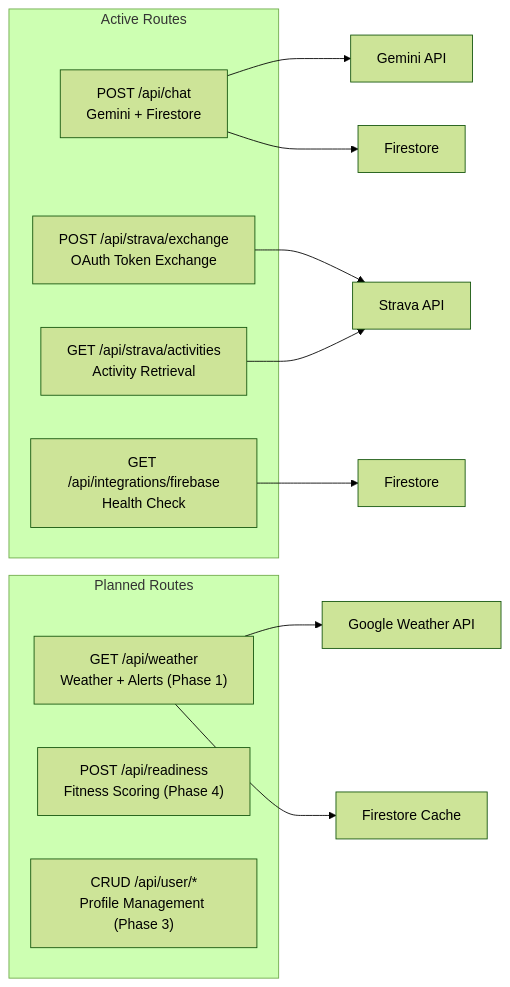
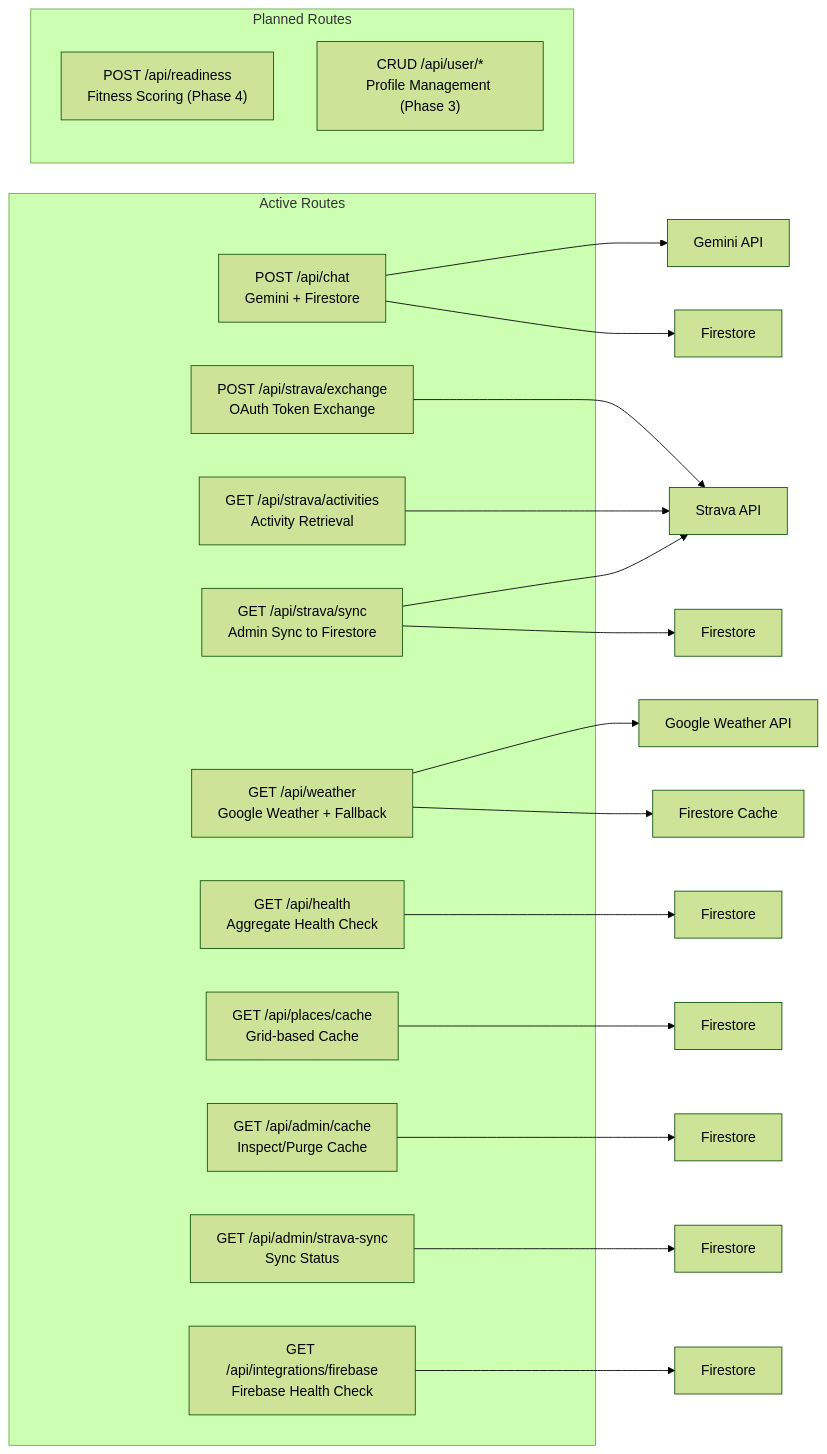
One commit to Oweeboi011/Fit-Ready-IQ changed the fifth of 17 diagrams in docs/wiki/ARCHITECTURE.md. Above: the diagram before and after it, drawn with Mermaid (forest theme). The commit also changed other lines of this file and 17 other files, not shown here.

First line of the commit message:
ci: simplify to trunk-based flow and fix review bugs

````diff
--- a/docs/wiki/ARCHITECTURE.md
+++ b/docs/wiki/ARCHITECTURE.md
@@ -223,23 +224,34 @@
 ```mermaid
 graph LR
     subgraph Active["Active Routes"]
         Chat["POST /api/chat<br/>Gemini + Firestore"]
         StravaEx["POST /api/strava/exchange<br/>OAuth Token Exchange"]
         StravaAct["GET /api/strava/activities<br/>Activity Retrieval"]
-        FBHealth["GET /api/integrations/firebase<br/>Health Check"]
+        StravaSync["GET /api/strava/sync<br/>Admin Sync to Firestore"]
+        Weather["GET /api/weather<br/>Google Weather + Fallback"]
+        Health["GET /api/health<br/>Aggregate Health Check"]
+        PlacesCache["GET /api/places/cache<br/>Grid-based Cache"]
+        AdminCache["GET /api/admin/cache<br/>Inspect/Purge Cache"]
+        AdminStrava["GET /api/admin/strava-sync<br/>Sync Status"]
+        FBHealth["GET /api/integrations/firebase<br/>Firebase Health Check"]
     end
 
     subgraph Planned["Planned Routes"]
-        Weather["GET /api/weather<br/>Weather + Alerts (Phase 1)"]
         Readiness["POST /api/readiness<br/>Fitness Scoring (Phase 4)"]
         UserAPI["CRUD /api/user/*<br/>Profile Management (Phase 3)"]
     end
 
     Chat --> Gemini["Gemini API"]
     Chat --> FS1["Firestore"]
     StravaEx --> Strava["Strava API"]
     StravaAct --> Strava
-    FBHealth --> FS2["Firestore"]
+    StravaSync --> Strava
+    StravaSync --> FS2["Firestore"]
     Weather --> GW["Google Weather API"]
     Weather --> FS3["Firestore Cache"]
+    Health --> FS4["Firestore"]
+    PlacesCache --> FS5["Firestore"]
+    AdminCache --> FS6["Firestore"]
+    AdminStrava --> FS7["Firestore"]
+    FBHealth --> FS8["Firestore"]
 ```
````
